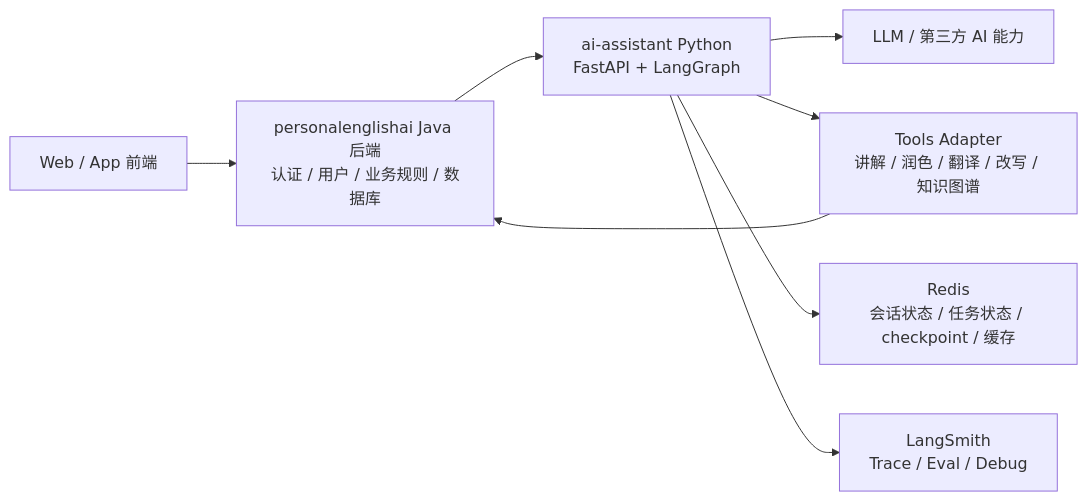
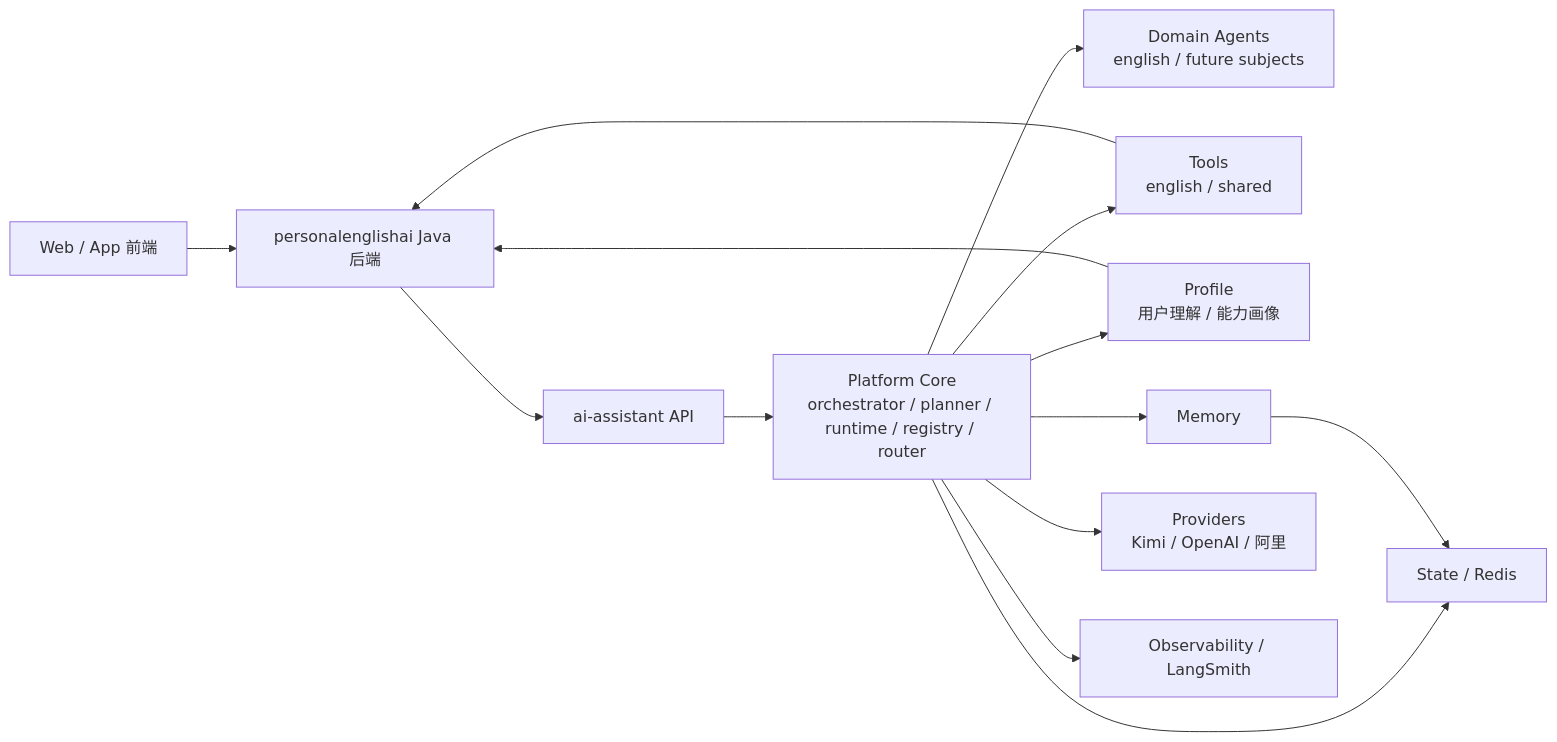
Before and after one commit to LiMing0016/ai-assistannt: the first of 3 diagrams in docs/architecture/ai-assistant-overall-design.md, drawn with Mermaid. The commit also changed other lines of this file and 36 other files, not shown here.

Commit message:
feat(platform): 搭建平台骨架并接入 kimi assistant

````diff
--- a/docs/architecture/ai-assistant-overall-design.md
+++ b/docs/architecture/ai-assistant-overall-design.md
@@ -56,12 +69,18 @@
 ```mermaid
 flowchart LR
-    FE["Web / App 前端"] --> JAVA["personalenglishai Java 后端<br/>认证 / 用户 / 业务规则 / 数据库"]
-    JAVA --> AGENT["ai-assistant Python<br/>FastAPI + LangGraph"]
+    FE["Web / App 前端"] --> JAVA["personalenglishai Java 后端"]
+    JAVA --> API["ai-assistant API"]
 
-    AGENT --> MODEL["LLM / 第三方 AI 能力"]
-    AGENT --> TOOLS["Tools Adapter<br/>讲解 / 润色 / 翻译 / 改写 / 知识图谱"]
+    API --> PLATFORM["Platform Core<br/>orchestrator / planner / runtime / registry / router"]
+    PLATFORM --> AGENTS["Domain Agents<br/>english / future subjects"]
+    PLATFORM --> TOOLS["Tools<br/>english / shared"]
+    PLATFORM --> PROFILE["Profile<br/>用户理解 / 能力画像"]
+    PLATFORM --> MEMORY["Memory"]
+    PLATFORM --> STATE["State / Redis"]
+    PLATFORM --> PROVIDERS["Providers<br/>Kimi / OpenAI / 阿里"]
+
     TOOLS --> JAVA
-
-    AGENT --> REDIS["Redis<br/>会话状态 / 任务状态 / checkpoint / 缓存"]
-    AGENT --> SMITH["LangSmith<br/>Trace / Eval / Debug"]
+    PROFILE --> JAVA
+    MEMORY --> STATE
+    PLATFORM --> OBS["Observability / LangSmith"]
 ```
````
